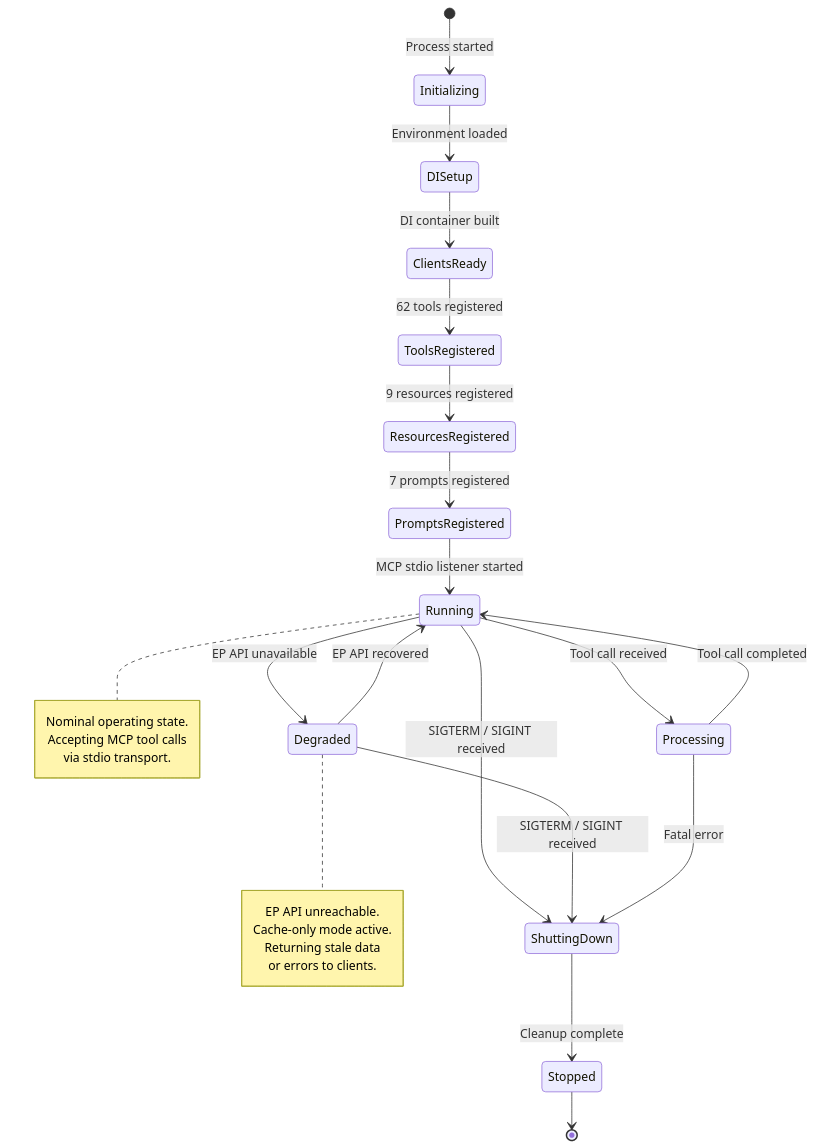
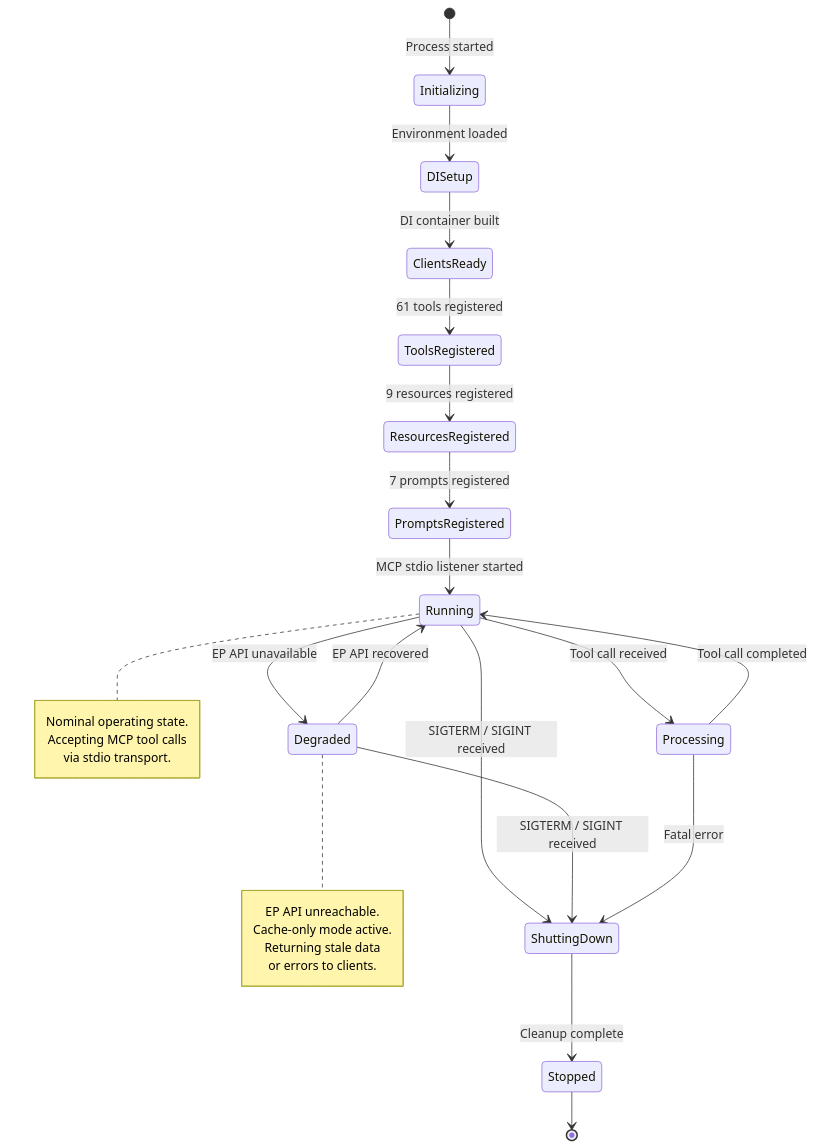
Before and after one commit to Hack23/European-Parliament-MCP-Server: the first of 6 diagrams in STATEDIAGRAM.md, drawn with Mermaid. The commit also changed other lines of this file and 15 other files, not shown here.

Commit message:
docs: fix tool count 62→61 (correct actual withCategory invocations), fix component diagram with feed tools

````diff
--- a/STATEDIAGRAM.md
+++ b/STATEDIAGRAM.md
@@ -55,37 +55,37 @@
 ```mermaid
 stateDiagram-v2
     [*] --> Initializing : Process started
 
     Initializing --> DISetup : Environment loaded
     DISetup --> ClientsReady : DI container built
-    ClientsReady --> ToolsRegistered : 62 tools registered
+    ClientsReady --> ToolsRegistered : 61 tools registered
     ToolsRegistered --> ResourcesRegistered : 9 resources registered
     ResourcesRegistered --> PromptsRegistered : 7 prompts registered
     PromptsRegistered --> Running : MCP stdio listener started
 
     Running --> Processing : Tool call received
     Processing --> Running : Tool call completed
 
     Running --> Degraded : EP API unavailable
     Degraded --> Running : EP API recovered
 
     Running --> ShuttingDown : SIGTERM / SIGINT received
     Degraded --> ShuttingDown : SIGTERM / SIGINT received
     Processing --> ShuttingDown : Fatal error
 
     ShuttingDown --> Stopped : Cleanup complete
     Stopped --> [*]
 
     note right of Running
         Nominal operating state.
         Accepting MCP tool calls
         via stdio transport.
     end note
 
     note right of Degraded
         EP API unreachable.
         Cache-only mode active.
         Returning stale data
         or errors to clients.
     end note
 ```
````
